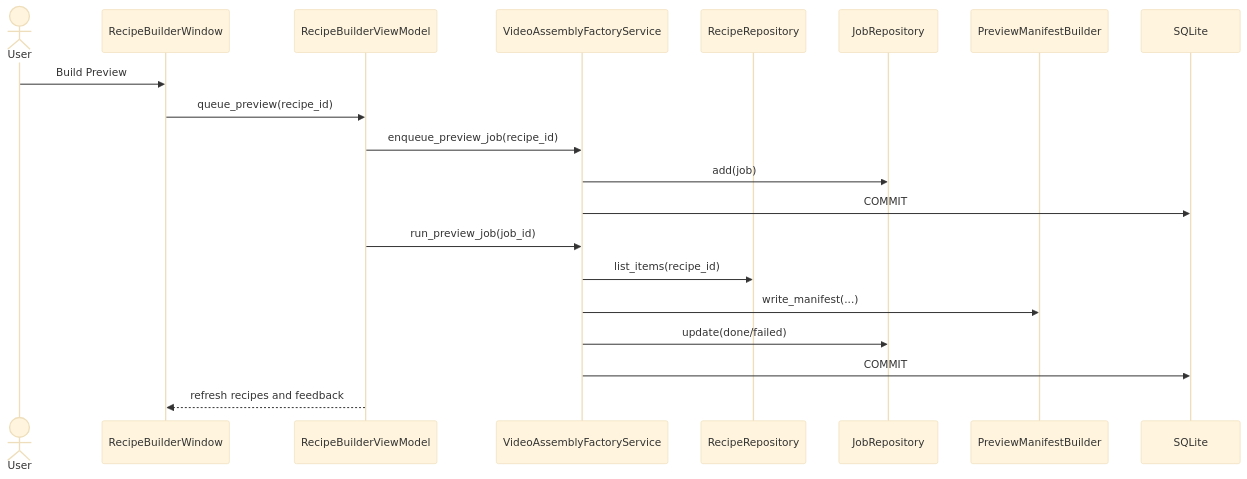
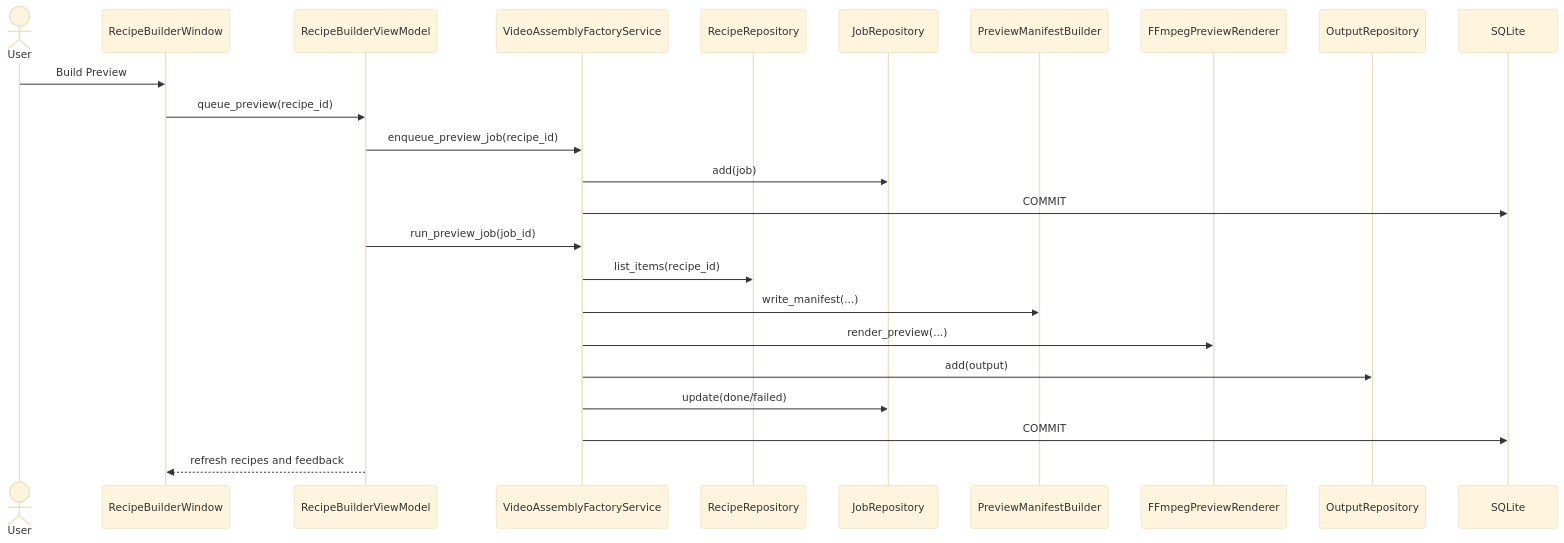
The fourth of 5 diagrams in doc/10_UML_System_Overview.md (idev006/MTClipFactory), drawn with Mermaid (base theme) before and after one commit. The commit also changed other lines of this file and 28 other files, not shown here.

Commit message:
Add configurable paths and preview output foundation

````diff
--- a/doc/10_UML_System_Overview.md
+++ b/doc/10_UML_System_Overview.md
@@ -191,23 +201,27 @@
 ```mermaid
 sequenceDiagram
     actor User
     participant View as RecipeBuilderWindow
     participant VM as RecipeBuilderViewModel
     participant Factory as VideoAssemblyFactoryService
     participant RecipeRepo as RecipeRepository
     participant JobRepo as JobRepository
     participant Preview as PreviewManifestBuilder
+    participant Render as FFmpegPreviewRenderer
+    participant Out as OutputRepository
     participant DB as SQLite
 
     User->>View: Build Preview
     View->>VM: queue_preview(recipe_id)
     VM->>Factory: enqueue_preview_job(recipe_id)
     Factory->>JobRepo: add(job)
     Factory->>DB: COMMIT
     VM->>Factory: run_preview_job(job_id)
     Factory->>RecipeRepo: list_items(recipe_id)
     Factory->>Preview: write_manifest(...)
+    Factory->>Render: render_preview(...)
+    Factory->>Out: add(output)
     Factory->>JobRepo: update(done/failed)
     Factory->>DB: COMMIT
     VM-->>View: refresh recipes and feedback
 ```
````
